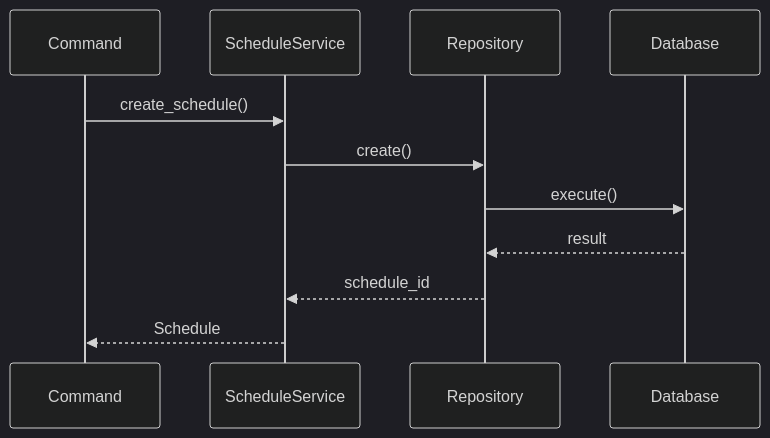
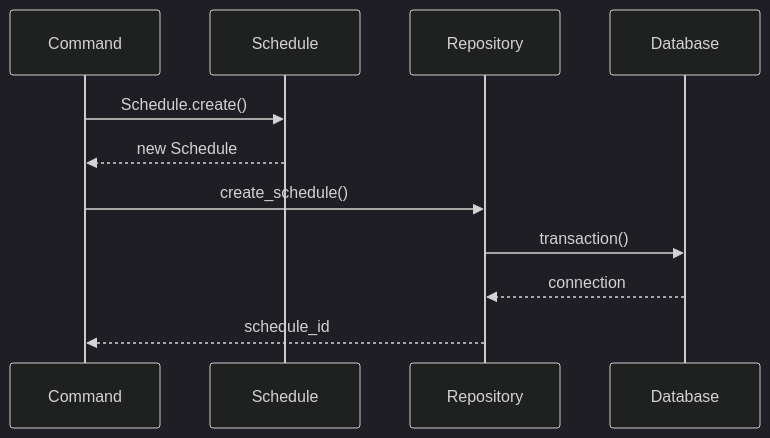
One commit to nissy242424/SimpleScheduleDiscordBot changed the first of 4 diagrams in docs/MODULES.md. Above: the diagram before and after it, drawn with Mermaid (dark theme). The commit also changed other lines of this file and 4 other files, not shown here.

````diff
--- a/docs/MODULES.md
+++ b/docs/MODULES.md
@@ -176,14 +124,14 @@
 ```mermaid
 sequenceDiagram
     participant Command
-    participant ScheduleService
+    participant Schedule
     participant Repository
     participant Database
 
-    Command->>ScheduleService: create_schedule()
-    ScheduleService->>Repository: create()
-    Repository->>Database: execute()
-    Database-->>Repository: result
-    Repository-->>ScheduleService: schedule_id
-    ScheduleService-->>Command: Schedule
+    Command->>Schedule: Schedule.create()
+    Schedule-->>Command: new Schedule
+    Command->>Repository: create_schedule()
+    Repository->>Database: transaction()
+    Database-->>Repository: connection
+    Repository-->>Command: schedule_id
 ```
````
